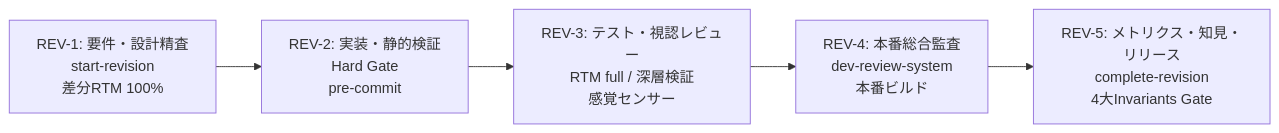
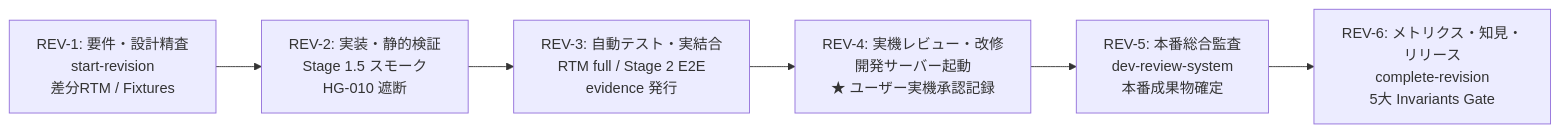
One commit to LeoPanda/template changed the third of 3 diagrams in README.md. Above: the diagram before and after it, drawn with Mermaid. The commit also changed other lines of this file and 66 other files, not shown here.

````diff
--- a/README.md
+++ b/README.md
@@ -268,7 +275,8 @@
 ```mermaid
 flowchart LR
-    R1["REV-1: 要件・設計精査<br/>start-revision<br/>差分RTM 100%"] --> R2["REV-2: 実装・静的検証<br/>Hard Gate<br/>pre-commit"]
-    R2 --> R3["REV-3: テスト・視認レビュー<br/>RTM full / 深層検証<br/>感覚センサー"]
-    R3 --> R4["REV-4: 本番総合監査<br/>dev-review-system<br/>本番ビルド"]
-    R4 --> R5["REV-5: メトリクス・知見・リリース<br/>complete-revision<br/>4大Invariants Gate"]
+    R1["REV-1: 要件・設計精査<br/>start-revision<br/>差分RTM / Fixtures"] --> R2["REV-2: 実装・静的検証<br/>Stage 1.5 スモーク<br/>HG-010 遮断"]
+    R2 --> R3["REV-3: 自動テスト・実結合<br/>RTM full / Stage 2 E2E<br/>evidence 発行"]
+    R3 --> R4["REV-4: 実機レビュー・改修<br/>開発サーバー起動<br/>★ ユーザー実機承認記録"]
+    R4 --> R5["REV-5: 本番総合監査<br/>dev-review-system<br/>本番成果物確定"]
+    R5 --> R6["REV-6: メトリクス・知見・リリース<br/>complete-revision<br/>5大 Invariants Gate"]
 ```
````
